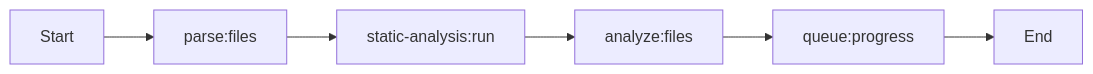
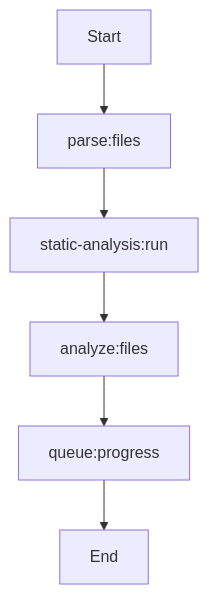
One commit to wallter/laravel-ai-code-analysis changed the third of 4 diagrams in README.md. Above: the diagram before and after it, drawn with Mermaid. The commit also changed other lines of this file, not shown here.

Commit message:
style: Simplify Mermaid diagrams and README for clarity and conciseness

````diff
--- a/README.md
+++ b/README.md
@@ -186,8 +186,8 @@
 ```mermaid
-graph LR
-    Start --> ParseFiles[parse:files]
+flowchart TD
+    Start[Start] --> ParseFiles[parse:files]
     ParseFiles --> RunStaticAnalysis[static-analysis:run]
     RunStaticAnalysis --> AnalyzeFiles[analyze:files]
     AnalyzeFiles --> QueueProgress[queue:progress]
-    QueueProgress --> End
+    QueueProgress --> End[End]
 ```
````
